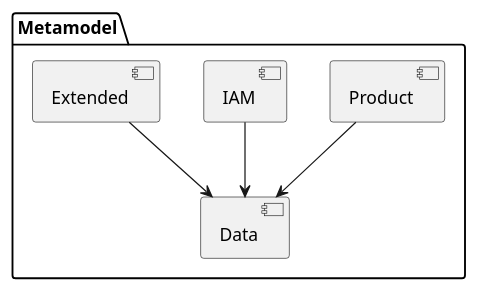
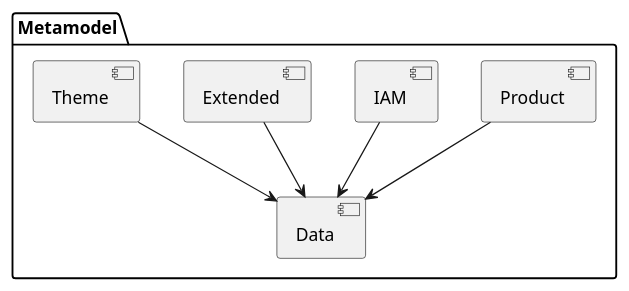
The diagram in modeldoc/resources/overview.puml (sogis/simi), drawn with PlantUML before and after one commit. The commit also changed 8 other files, not shown here.

```diff
--- a/modeldoc/resources/overview.puml
+++ b/modeldoc/resources/overview.puml
@@ -1,13 +1,14 @@
 @startuml
 package Metamodel {
   [Product] as prod
   [Data] as data
   [IAM] as iam
   [Extended] as ext
+  [Theme] as th
 }
-
 
 prod --> data
 iam --> data
 ext --> data
+th --> data
 @enduml
```
